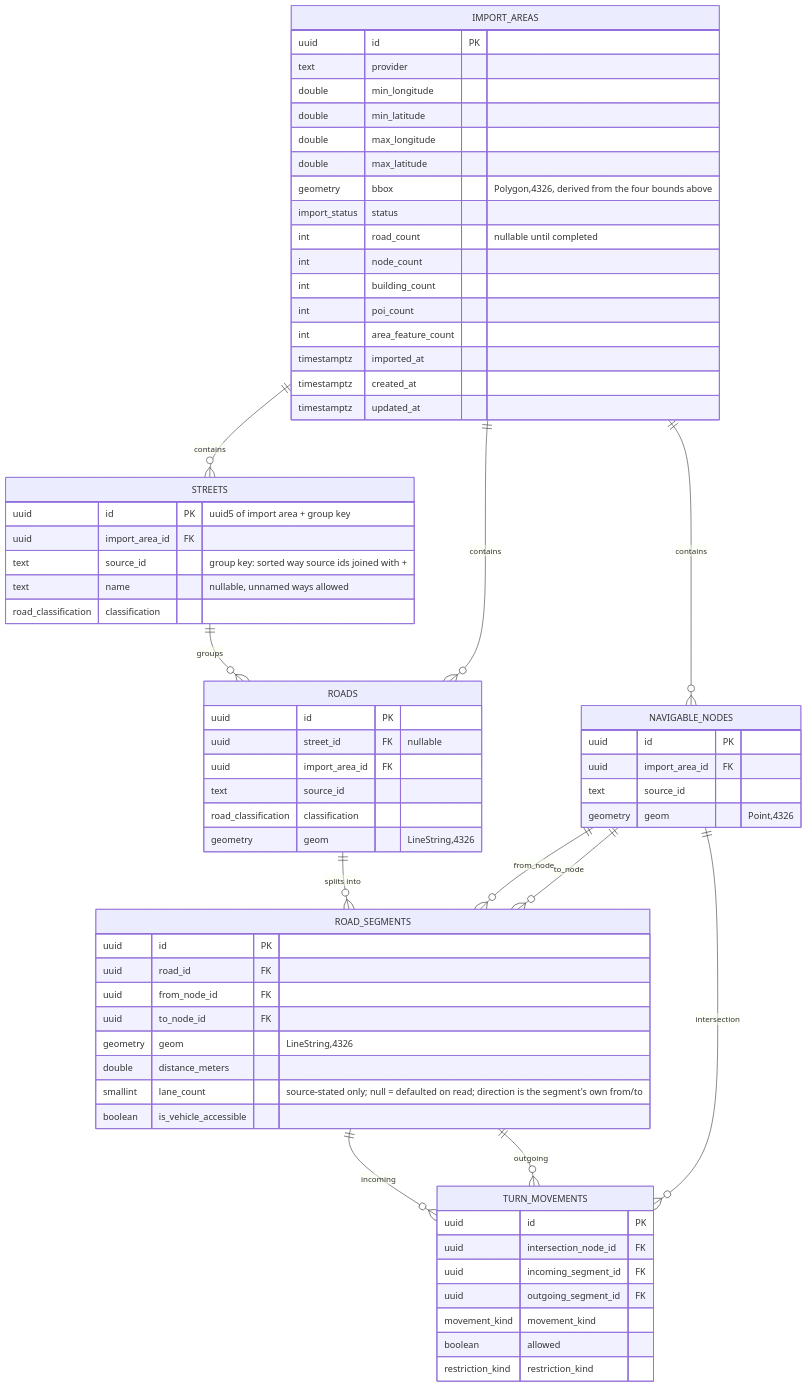
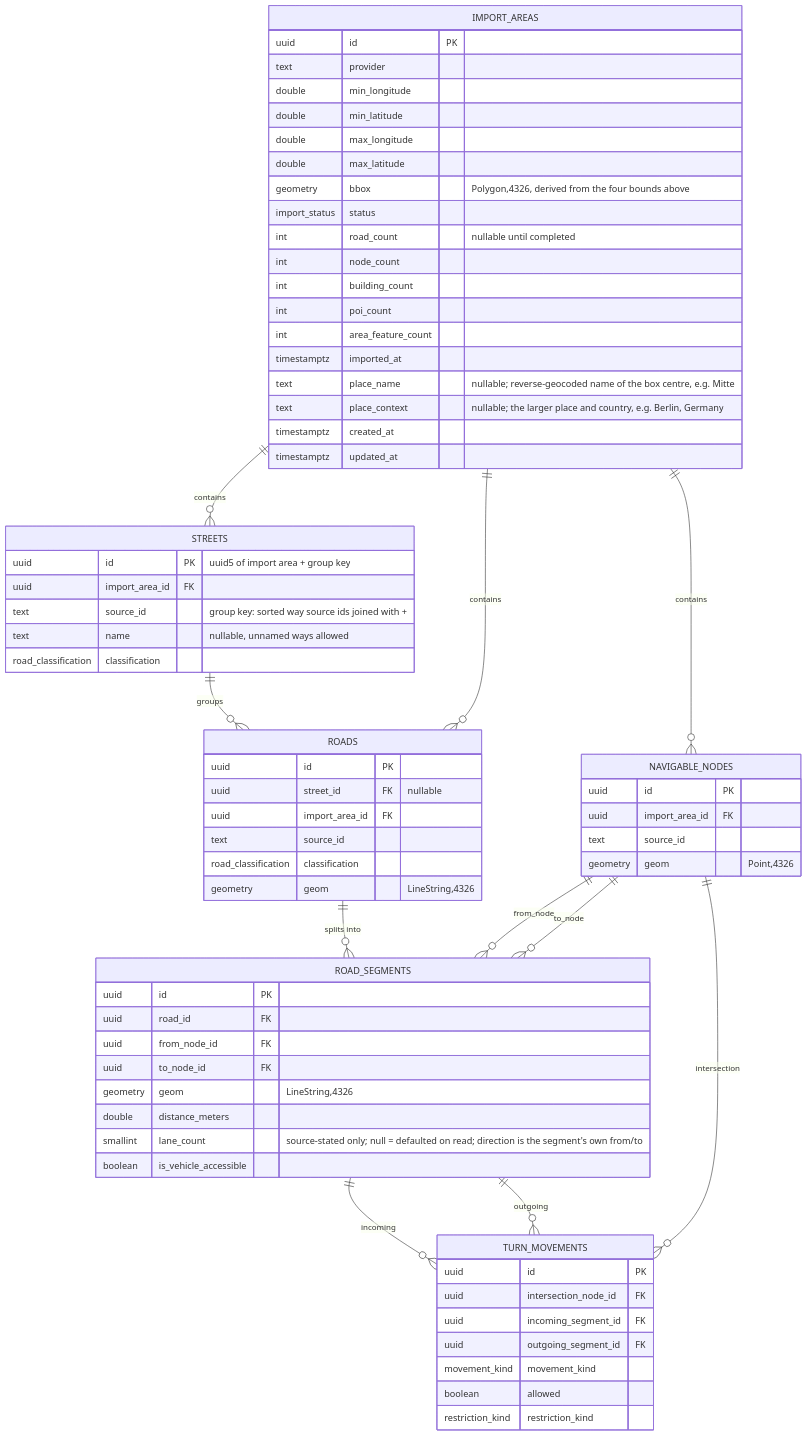
One commit to josuecm13/geospatial-reconstruction-engine changed the first of 4 diagrams in docs/schema.md. Above: the diagram before and after it, drawn with Mermaid. The commit also changed 42 other files, not shown here.

````diff
--- a/docs/schema.md
+++ b/docs/schema.md
@@ -27,72 +27,74 @@
 ```mermaid
 erDiagram
     IMPORT_AREAS ||--o{ STREETS : contains
     IMPORT_AREAS ||--o{ ROADS : contains
     IMPORT_AREAS ||--o{ NAVIGABLE_NODES : contains
     STREETS ||--o{ ROADS : groups
     ROADS ||--o{ ROAD_SEGMENTS : "splits into"
     NAVIGABLE_NODES ||--o{ ROAD_SEGMENTS : from_node
     NAVIGABLE_NODES ||--o{ ROAD_SEGMENTS : to_node
     NAVIGABLE_NODES ||--o{ TURN_MOVEMENTS : intersection
     ROAD_SEGMENTS ||--o{ TURN_MOVEMENTS : incoming
     ROAD_SEGMENTS ||--o{ TURN_MOVEMENTS : outgoing
 
     IMPORT_AREAS {
         uuid id PK
         text provider
         double min_longitude
         double min_latitude
         double max_longitude
         double max_latitude
         geometry bbox "Polygon,4326, derived from the four bounds above"
         import_status status
         int road_count "nullable until completed"
         int node_count
         int building_count
         int poi_count
         int area_feature_count
         timestamptz imported_at
+        text place_name "nullable; reverse-geocoded name of the box centre, e.g. Mitte"
+        text place_context "nullable; the larger place and country, e.g. Berlin, Germany"
         timestamptz created_at
         timestamptz updated_at
     }
     STREETS {
         uuid id PK "uuid5 of import area + group key"
         uuid import_area_id FK
         text source_id "group key: sorted way source ids joined with +"
         text name "nullable, unnamed ways allowed"
         road_classification classification
     }
     ROADS {
         uuid id PK
         uuid street_id FK "nullable"
         uuid import_area_id FK
         text source_id
         road_classification classification
         geometry geom "LineString,4326"
     }
     NAVIGABLE_NODES {
         uuid id PK
         uuid import_area_id FK
         text source_id
         geometry geom "Point,4326"
     }
     ROAD_SEGMENTS {
         uuid id PK
         uuid road_id FK
         uuid from_node_id FK
         uuid to_node_id FK
         geometry geom "LineString,4326"
         double distance_meters
         smallint lane_count "source-stated only; null = defaulted on read; direction is the segment's own from/to"
         boolean is_vehicle_accessible
     }
     TURN_MOVEMENTS {
         uuid id PK
         uuid intersection_node_id FK
         uuid incoming_segment_id FK
         uuid outgoing_segment_id FK
         movement_kind movement_kind
         boolean allowed
         restriction_kind restriction_kind
     }
 ```
````
